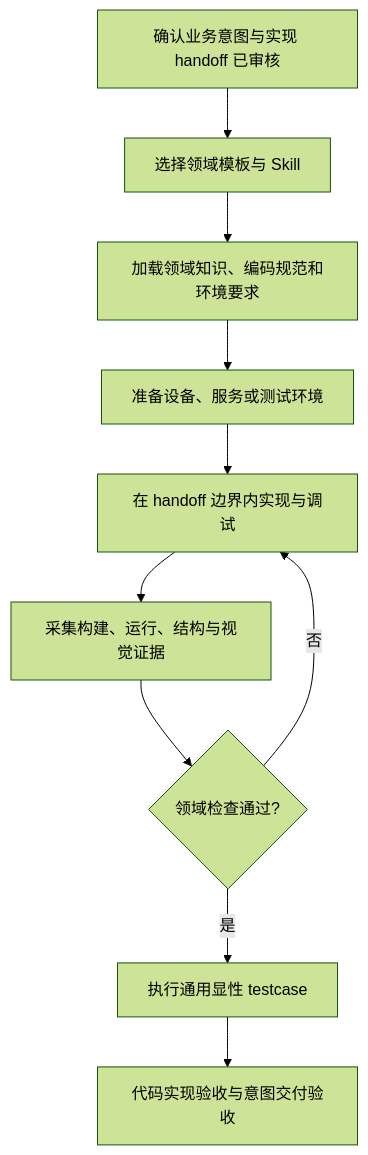
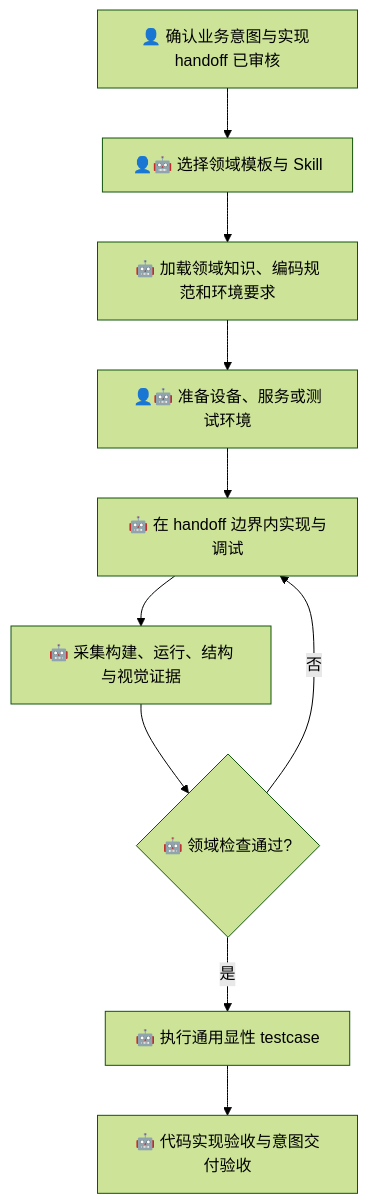
One commit to derekhu0002/Argo changed diagram 11 of 11 in design/argo-harness/usage-scenarios/README.md. Above: the diagram before and after it, drawn with Mermaid (forest theme). The commit also changed other lines of this file, not shown here.

````diff
--- a/design/argo-harness/usage-scenarios/README.md
+++ b/design/argo-harness/usage-scenarios/README.md
@@ -273,12 +276,12 @@
 ```mermaid
 flowchart TD
-    A[确认业务意图与实现 handoff 已审核] --> B[选择领域模板与 Skill]
-    B --> C[加载领域知识、编码规范和环境要求]
-    C --> D[准备设备、服务或测试环境]
-    D --> E[在 handoff 边界内实现与调试]
-    E --> F[采集构建、运行、结构与视觉证据]
-    F --> G{领域检查通过?}
+    A[👤 确认业务意图与实现 handoff 已审核] --> B[👤🤖 选择领域模板与 Skill]
+    B --> C[🤖 加载领域知识、编码规范和环境要求]
+    C --> D[👤🤖 准备设备、服务或测试环境]
+    D --> E[🤖 在 handoff 边界内实现与调试]
+    E --> F[🤖 采集构建、运行、结构与视觉证据]
+    F --> G{🤖 领域检查通过?}
     G -- 否 --> E
-    G -- 是 --> H[执行通用显性 testcase]
-    H --> I[代码实现验收与意图交付验收]
+    G -- 是 --> H[🤖 执行通用显性 testcase]
+    H --> I[🤖 代码实现验收与意图交付验收]
 ```
````
